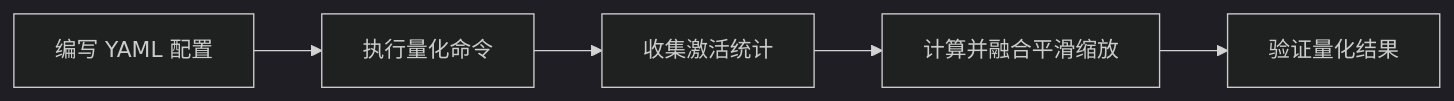
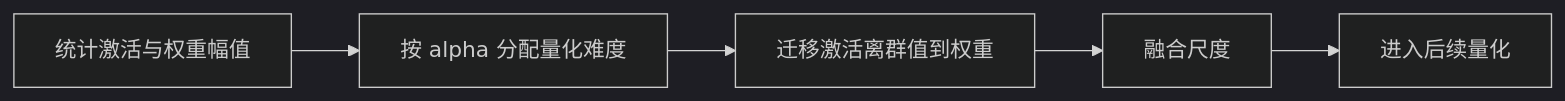
Before and after one commit to mindstudio-docs/master: the diagram in msmodelslim/docs/zh/knowledge_base/quantization_algorithms/smooth_quant/usage_smooth_quant.md, drawn with Mermaid (dark theme). The commit also changed other lines of this file and 73 other files, not shown here.

````diff
--- a/msmodelslim/docs/zh/knowledge_base/quantization_algorithms/smooth_quant/usage_smooth_quant.md
+++ b/msmodelslim/docs/zh/knowledge_base/quantization_algorithms/smooth_quant/usage_smooth_quant.md
@@ -42,7 +24,7 @@
 ```mermaid
 flowchart LR
-    A[编写 YAML 配置] --> B[执行量化命令]
-    B --> C[收集激活统计]
-    C --> D[计算并融合平滑缩放]
-    D --> E[验证量化结果]
+    A[统计激活与权重幅值] --> B[按 alpha 分配量化难度]
+    B[按 alpha 分配量化难度] --> C[迁移激活离群值到权重]
+    C[迁移激活离群值到权重] --> D[融合尺度]
+    D[融合尺度] --> E[进入后续量化]
 ```
````
